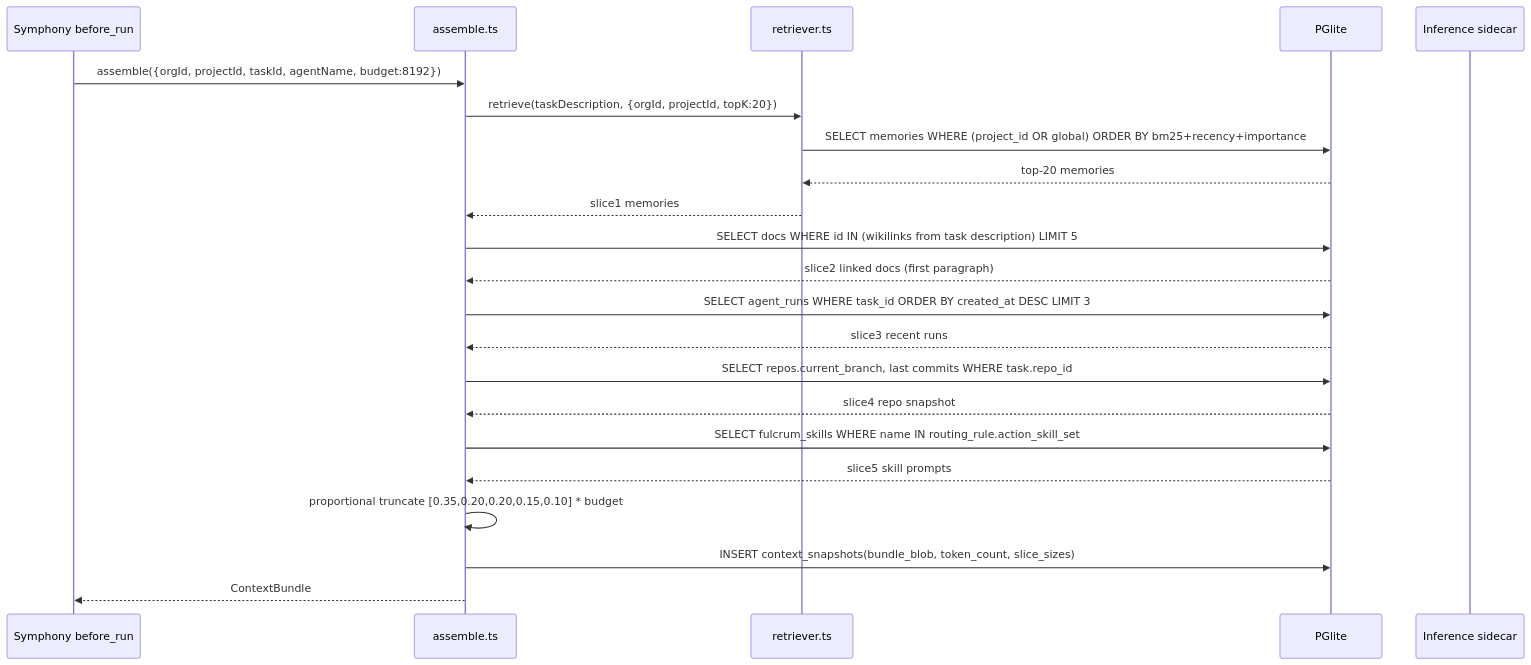
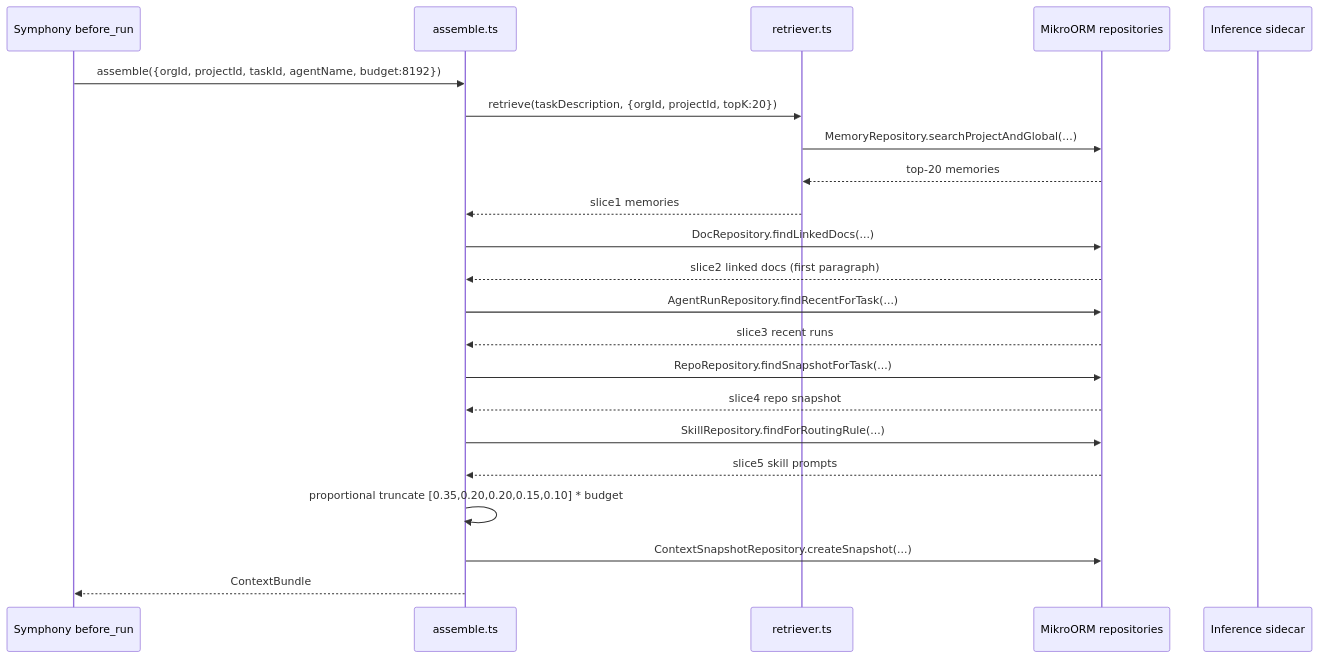
The second of 2 diagrams in .scratch/agent-os-vision/prds/08-memory-context-engine.md (moabualruz/fulcrum), drawn with Mermaid before and after one commit. The commit also changed other lines of this file and 23 other files, not shown here.

First line of the commit message:
docs(p2,p8): rewrite inference + memory PRDs/issues for MikroORM v7 (C6-C9)

````diff
--- a/.scratch/agent-os-vision/prds/08-memory-context-engine.md
+++ b/.scratch/agent-os-vision/prds/08-memory-context-engine.md
@@ -297,30 +382,30 @@
 ```mermaid
 sequenceDiagram
     participant SYM as Symphony before_run
     participant ASSM as assemble.ts
     participant RET as retriever.ts
-    participant DB as PGlite
+    participant REPOS as MikroORM repositories
     participant SID as Inference sidecar
 
     SYM->>ASSM: assemble({orgId, projectId, taskId, agentName, budget:8192})
     ASSM->>RET: retrieve(taskDescription, {orgId, projectId, topK:20})
-    RET->>DB: SELECT memories WHERE (project_id OR global) ORDER BY bm25+recency+importance
-    DB-->>RET: top-20 memories
+    RET->>REPOS: MemoryRepository.searchProjectAndGlobal(...)
+    REPOS-->>RET: top-20 memories
     RET-->>ASSM: slice1 memories
 
-    ASSM->>DB: SELECT docs WHERE id IN (wikilinks from task description) LIMIT 5
-    DB-->>ASSM: slice2 linked docs (first paragraph)
+    ASSM->>REPOS: DocRepository.findLinkedDocs(...)
+    REPOS-->>ASSM: slice2 linked docs (first paragraph)
 
-    ASSM->>DB: SELECT agent_runs WHERE task_id ORDER BY created_at DESC LIMIT 3
-    DB-->>ASSM: slice3 recent runs
+    ASSM->>REPOS: AgentRunRepository.findRecentForTask(...)
+    REPOS-->>ASSM: slice3 recent runs
 
-    ASSM->>DB: SELECT repos.current_branch, last commits WHERE task.repo_id
-    DB-->>ASSM: slice4 repo snapshot
+    ASSM->>REPOS: RepoRepository.findSnapshotForTask(...)
+    REPOS-->>ASSM: slice4 repo snapshot
 
-    ASSM->>DB: SELECT fulcrum_skills WHERE name IN routing_rule.action_skill_set
-    DB-->>ASSM: slice5 skill prompts
+    ASSM->>REPOS: SkillRepository.findForRoutingRule(...)
+    REPOS-->>ASSM: slice5 skill prompts
 
     ASSM->>ASSM: proportional truncate [0.35,0.20,0.20,0.15,0.10] * budget
-    ASSM->>DB: INSERT context_snapshots(bundle_blob, token_count, slice_sizes)
+    ASSM->>REPOS: ContextSnapshotRepository.createSnapshot(...)
     ASSM-->>SYM: ContextBundle
 ```
````
